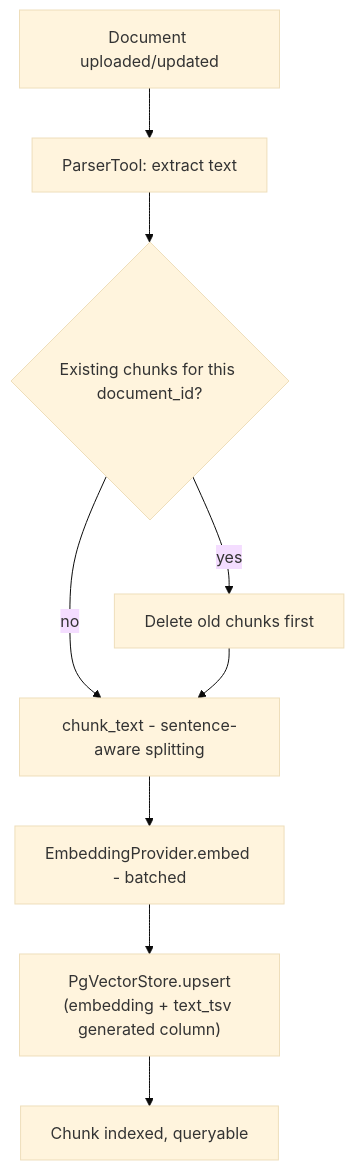
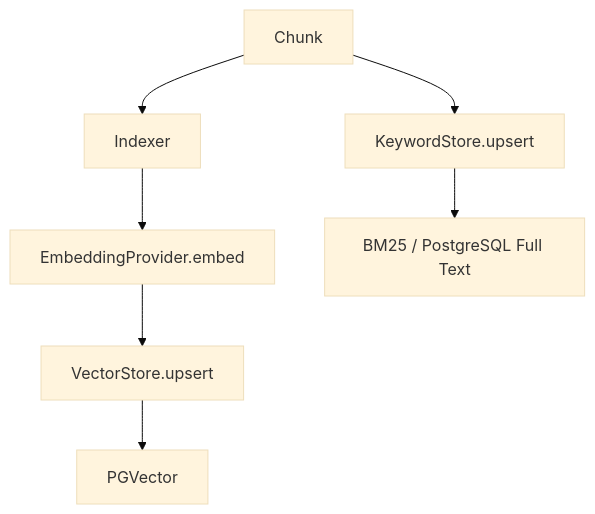
Before and after one commit to bharatkse/juris-ai: the second of 5 diagrams in src/rag/README.md, drawn with Mermaid (base theme). The commit also changed other lines of this file and 162 other files, not shown here.

````diff
--- a/src/rag/README.md
+++ b/src/rag/README.md
@@ -65,11 +220,10 @@
-```mermaid
+``` mermaid
 flowchart TD
-    A[Document uploaded/updated] --> B[ParserTool: extract text]
-    B --> C{Existing chunks for this document_id?}
-    C -->|yes| D[Delete old chunks first]
-    C -->|no| E[chunk_text - sentence-aware splitting]
-    D --> E
-    E --> F[EmbeddingProvider.embed - batched]
-    F --> G["PgVectorStore.upsert\n(embedding + text_tsv generated column)"]
-    G --> H[Chunk indexed, queryable]
+    A[Chunk] --> B[Indexer]
+    B --> C[EmbeddingProvider.embed]
+    C --> D[VectorStore.upsert]
+    D --> E[PGVector]
+
+    A --> F[KeywordStore.upsert]
+    F --> G[BM25 / PostgreSQL Full Text]
 ```
````
